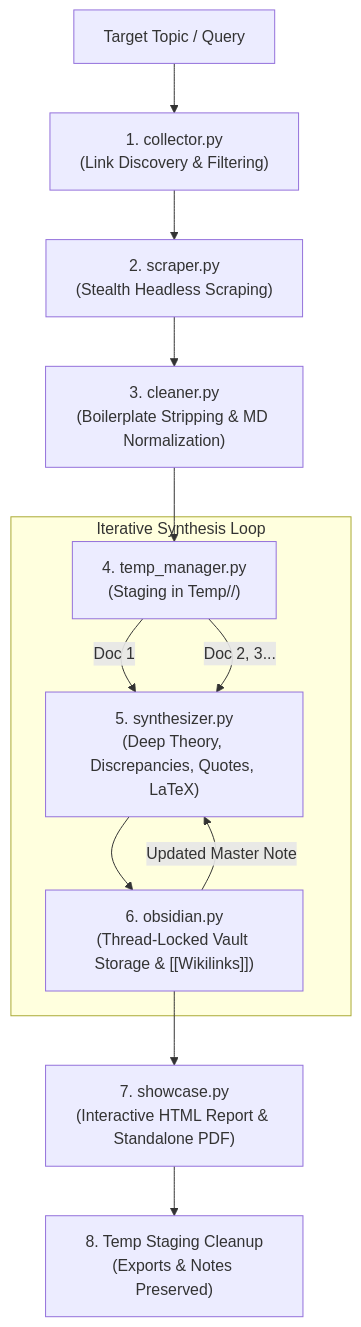
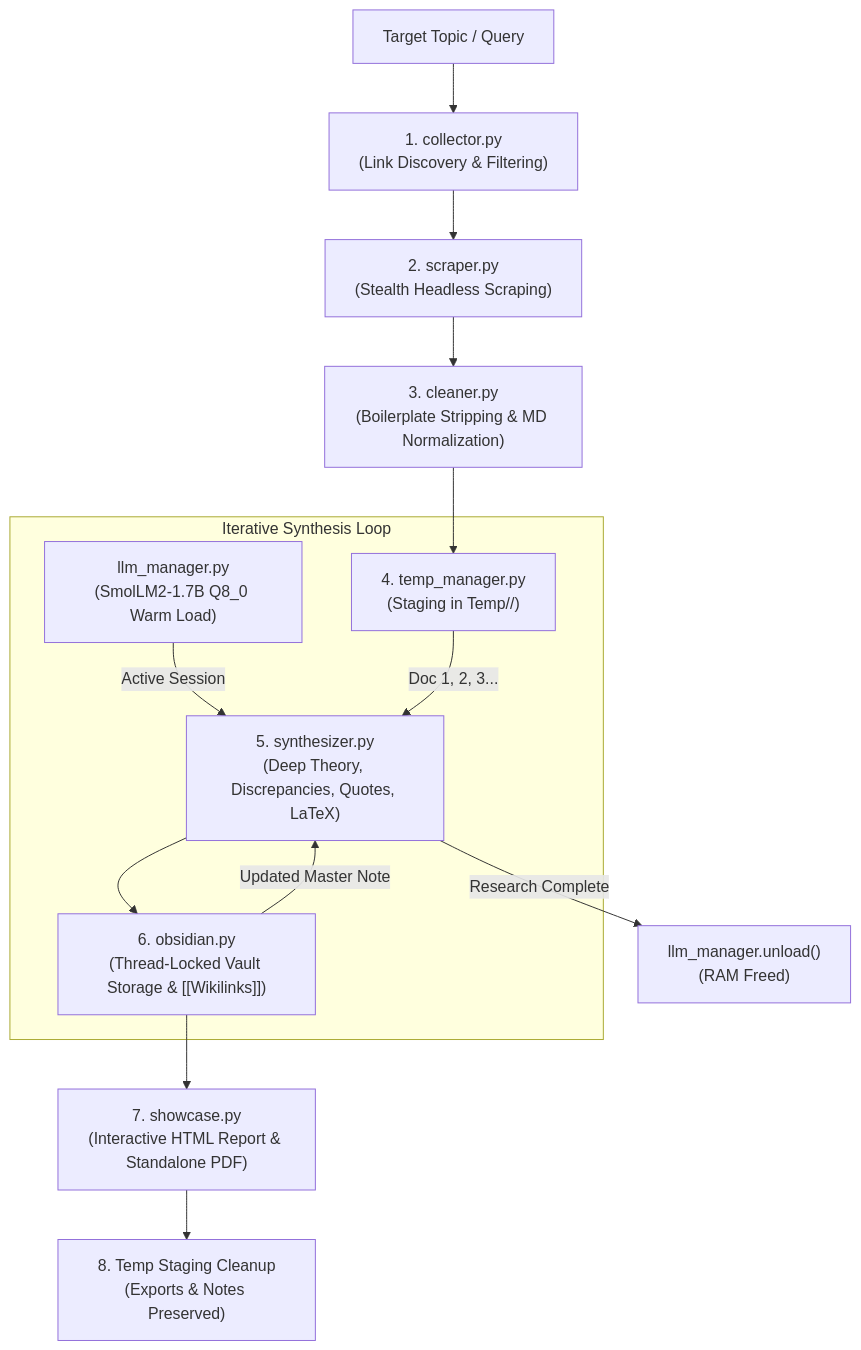
One commit to Coder-H-1/ALFRED_Researcher changed the diagram in README.md. Above: the diagram before and after it, drawn with Mermaid. The commit also changed other lines of this file and 16 other files, not shown here.

First line of the commit message:
Integrated dedicated LLM manager, semantic context chunker, and enhanced research pipeline

````diff
--- a/README.md
+++ b/README.md
@@ -36,17 +37,18 @@
 ```mermaid
 flowchart TD
     Query["Target Topic / Query"] --> Collector["1. collector.py<br/>(Link Discovery & Filtering)"]
     Collector --> Scraper["2. scraper.py<br/>(Stealth Headless Scraping)"]
     Scraper --> Cleaner["3. cleaner.py<br/>(Boilerplate Stripping & MD Normalization)"]
     Cleaner --> TempManager["4. temp_manager.py<br/>(Staging in Temp/<topic>/)"]
     
     subgraph Iterative Synthesis Loop
-        TempManager -->|Doc 1| Synthesizer["5. synthesizer.py<br/>(Deep Theory, Discrepancies, Quotes, LaTeX)"]
+        LLMManager["llm_manager.py<br/>(SmolLM2-1.7B Q8_0 Warm Load)"] -->|Active Session| Synthesizer["5. synthesizer.py<br/>(Deep Theory, Discrepancies, Quotes, LaTeX)"]
+        TempManager -->|Doc 1, 2, 3...| Synthesizer
         Synthesizer --> Vault["6. obsidian.py<br/>(Thread-Locked Vault Storage & [[Wikilinks]])"]
         Vault -->|Updated Master Note| Synthesizer
-        TempManager -->|Doc 2, 3...| Synthesizer
     end
     
+    Synthesizer -->|Research Complete| Unload["llm_manager.unload()<br/>(RAM Freed)"]
     Vault --> Showcase["7. showcase.py<br/>(Interactive HTML Report & Standalone PDF)"]
     Showcase --> TempCleanup["8. Temp Staging Cleanup<br/>(Exports & Notes Preserved)"]
 ```
````
